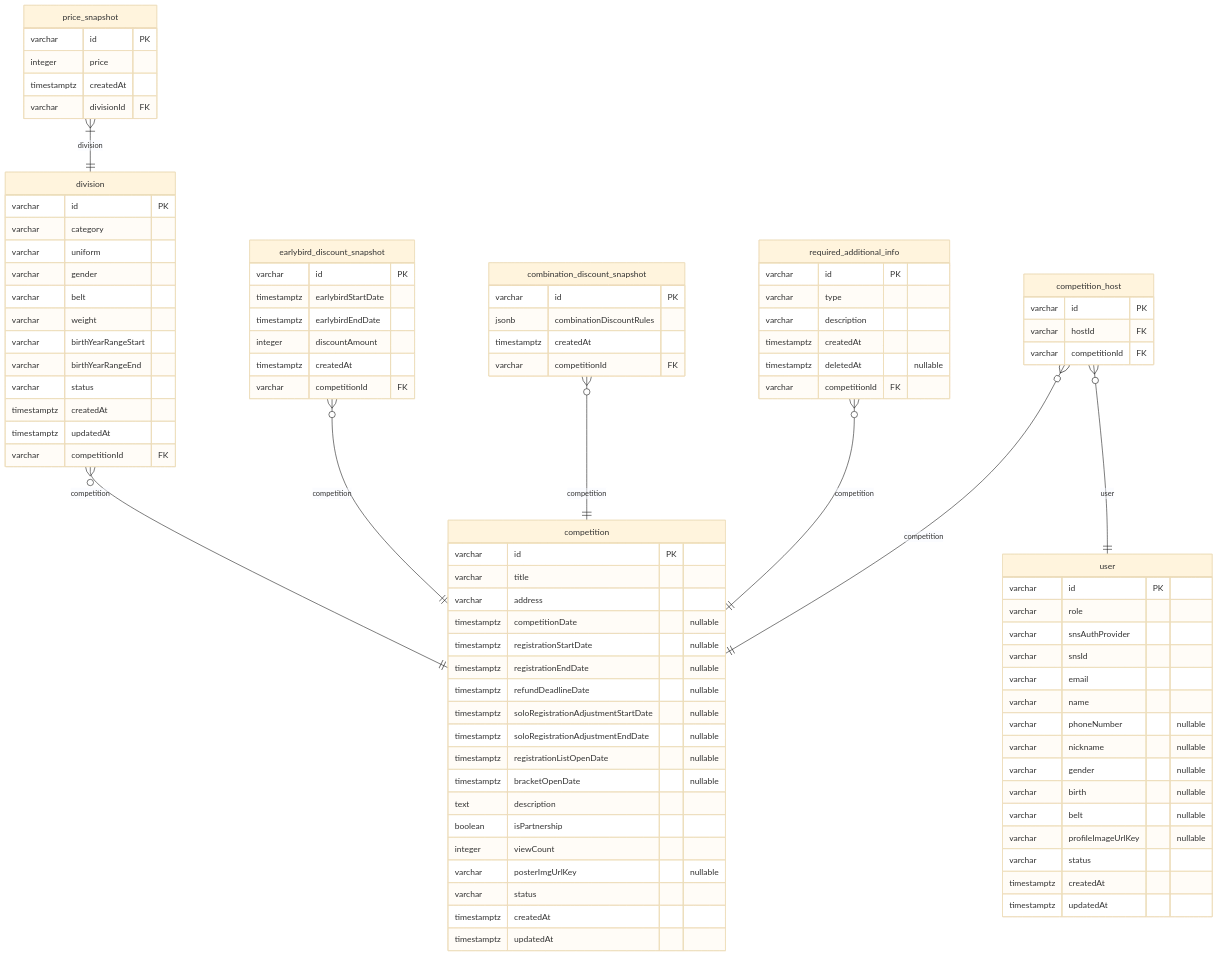
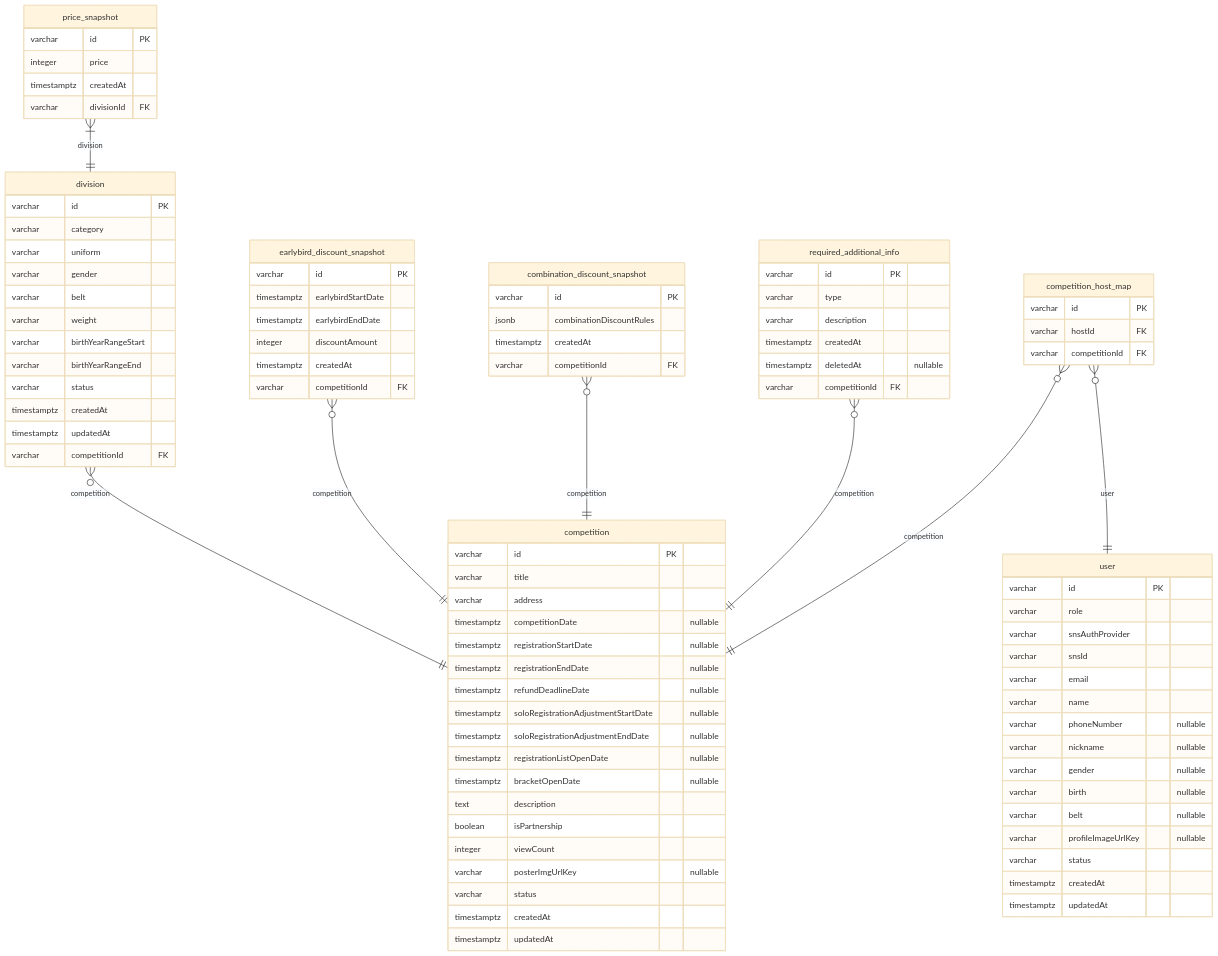
The third of 3 diagrams in docs/najiha-v2-erd.md (NAJUHA-JIUJITSU/najuha-v2-be), drawn with Mermaid (base theme) before and after one commit. The commit also changed other lines of this file and 23 other files, not shown here.

````diff
--- a/docs/najiha-v2-erd.md
+++ b/docs/najiha-v2-erd.md
@@ -349,7 +386,7 @@
     timestamptz deletedAt "nullable"
     varchar competitionId FK
   }
-  competition_host {
+  competition_host_map {
     varchar id PK
     varchar hostId FK
     varchar competitionId FK
@@ -396,6 +433,6 @@
   earlybird_discount_snapshot }o--|| competition: competition
   combination_discount_snapshot }o--|| competition: competition
   required_additional_info }o--|| competition: competition
-  competition_host }o--|| user: user
-  competition_host }o--|| competition: competition
+  competition_host_map }o--|| user: user
+  competition_host_map }o--|| competition: competition
 ```
````
